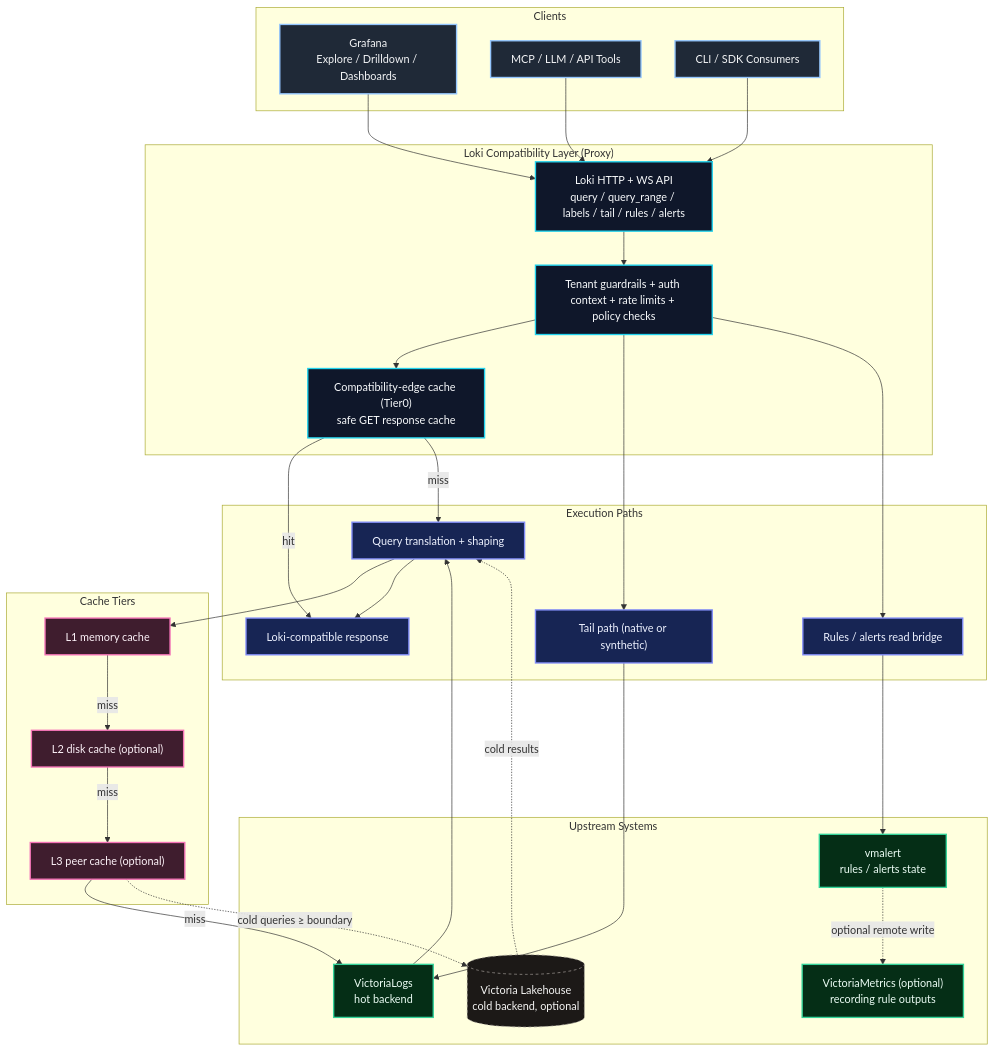
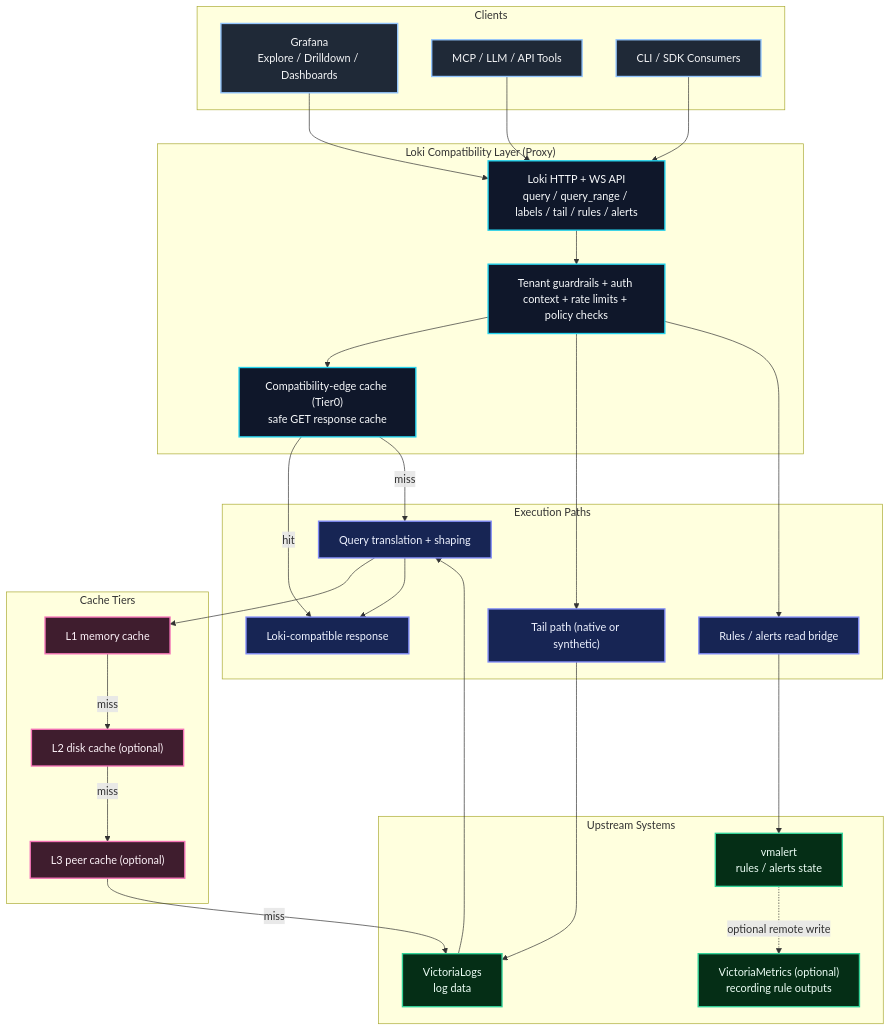
Before and after one commit to ReliablyObserve/loki-vl-proxy: the second of 2 diagrams in README.md, drawn with Mermaid. The commit also changed other lines of this file and 81 other files, not shown here.

````diff
--- a/README.md
+++ b/README.md
@@ -225,73 +220,68 @@
 ```mermaid
 flowchart TD
     subgraph L1["Clients"]
         G["Grafana<br/>Explore / Drilldown / Dashboards"]
         M["MCP / LLM / API Tools"]
         C["CLI / SDK Consumers"]
     end
 
     subgraph L2["Loki Compatibility Layer (Proxy)"]
         API["Loki HTTP + WS API<br/>query / query_range / labels / tail / rules / alerts"]
         GUARD["Tenant guardrails + auth context + rate limits + policy checks"]
         EDGE["Compatibility-edge cache (Tier0)<br/>safe GET response cache"]
     end
 
     subgraph L3["Execution Paths"]
         Q["Query translation + shaping"]
         T["Tail path (native or synthetic)"]
         R["Rules / alerts read bridge"]
         RESP["Loki-compatible response"]
     end
 
     subgraph L4["Cache Tiers"]
         L1C["L1 memory cache"]
         L2C["L2 disk cache (optional)"]
         L3C["L3 peer cache (optional)"]
     end
 
     subgraph L5["Upstream Systems"]
-        VL["VictoriaLogs<br/>hot backend"]
-        Lakehouse[("Victoria Lakehouse<br/>cold backend, optional")]
+        VL["VictoriaLogs<br/>log data"]
         VMA["vmalert<br/>rules / alerts state"]
         VM["VictoriaMetrics (optional)<br/>recording rule outputs"]
     end
 
     G --> API
     M --> API
     C --> API
 
     API --> GUARD
     GUARD --> EDGE
     EDGE -->|hit| RESP
     EDGE -->|miss| Q
 
     GUARD --> T
     GUARD --> R
 
     Q --> L1C
     L1C -->|miss| L2C
     L2C -->|miss| L3C
     L3C -->|miss| VL
-    L3C -. cold queries ≥ boundary .-> Lakehouse
     VL --> Q
-    Lakehouse -. cold results .-> Q
     Q --> RESP
 
     T --> VL
     R --> VMA
     VMA -. optional remote write .-> VM
 
     classDef client fill:#1f2937,stroke:#93c5fd,color:#f3f4f6,stroke-width:2px;
     classDef api fill:#0f172a,stroke:#22d3ee,color:#f8fafc,stroke-width:2px;
     classDef exec fill:#172554,stroke:#818cf8,color:#eef2ff,stroke-width:2px;
     classDef cache fill:#3f1d2e,stroke:#f472b6,color:#fdf2f8,stroke-width:2px;
     classDef upstream fill:#052e16,stroke:#34d399,color:#ecfdf5,stroke-width:2px;
-    classDef cold fill:#1c1917,stroke:#a8a29e,color:#f5f5f4,stroke-width:1px,stroke-dasharray:4 4;
 
     class G,M,C client;
     class API,GUARD,EDGE api;
     class Q,T,R,RESP exec;
     class L1C,L2C,L3C cache;
     class VL,VMA,VM upstream;
-    class Lakehouse cold;
 ```
````
